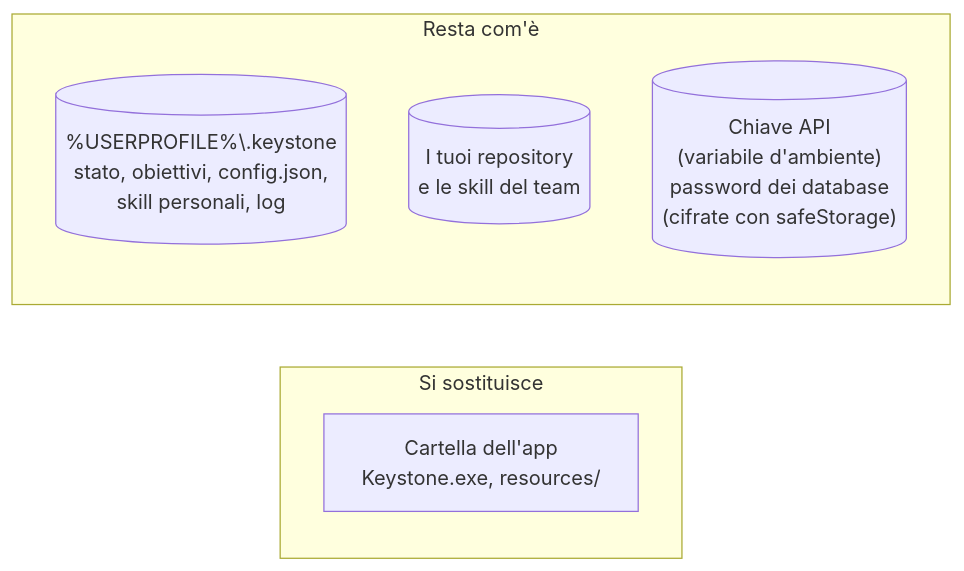
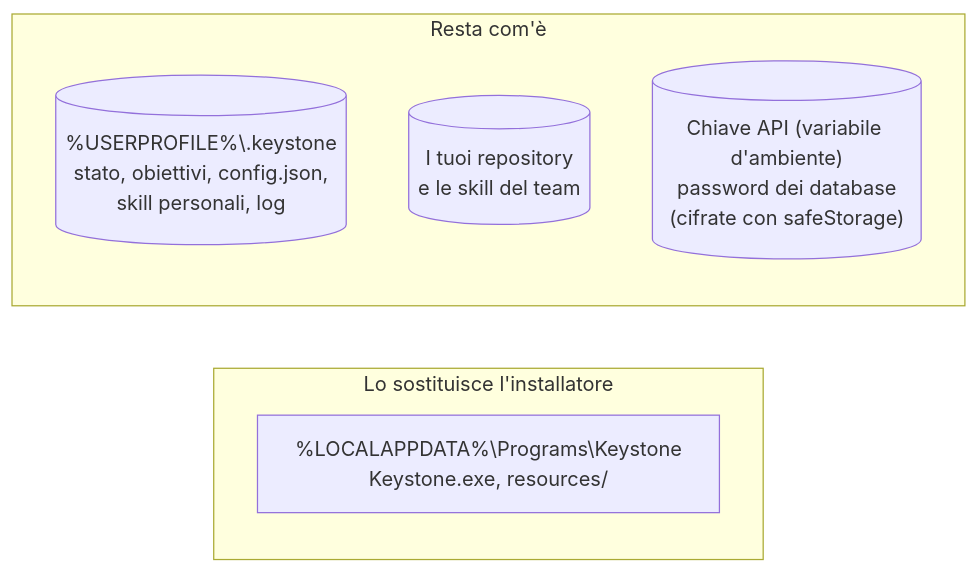
Before and after one commit to yokxi/Keystone: the sixth of 6 diagrams in README.md, drawn with Mermaid. The commit also changed other lines of this file and 3 other files, not shown here.

Commit message:
docs(readme): installazione con l'installatore, disinstallazione e aggiornamenti; sicurezza e piano aggiornati

````diff
--- a/README.md
+++ b/README.md
@@ -176,11 +222,11 @@
 ```mermaid
 flowchart LR
-    subgraph Sostituisci["Si sostituisce"]
-        AppDir["Cartella dell'app<br/>Keystone.exe, resources/"]
+    subgraph Sostituisci["Lo sostituisce l'installatore"]
+        AppDir["%LOCALAPPDATA%\Programs\Keystone<br/>Keystone.exe, resources/"]
     end
     subgraph Resta["Resta com'è"]
         Home[("%USERPROFILE%\.keystone<br/>stato, obiettivi, config.json,<br/>skill personali, log")]
         Repo[("I tuoi repository<br/>e le skill del team")]
-        Segreti[("Chiave API<br/>(variabile d'ambiente)<br/>password dei database<br/>(cifrate con safeStorage)")]
+        Segreti[("Chiave API (variabile d'ambiente)<br/>password dei database<br/>(cifrate con safeStorage)")]
     end
 ```
````
